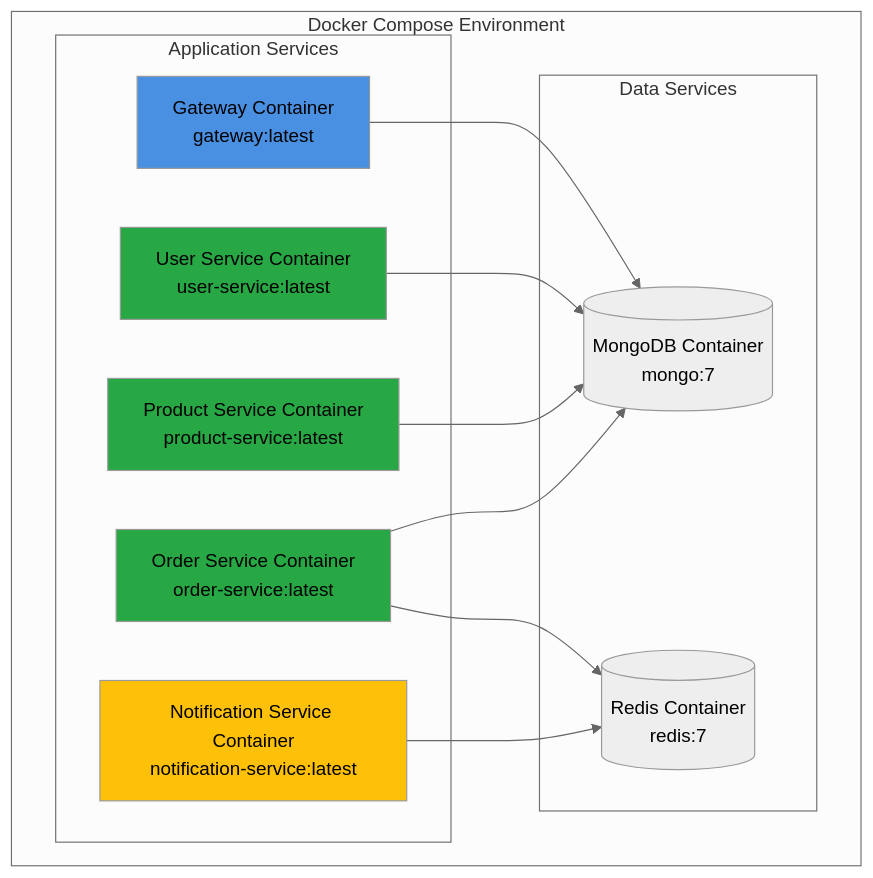
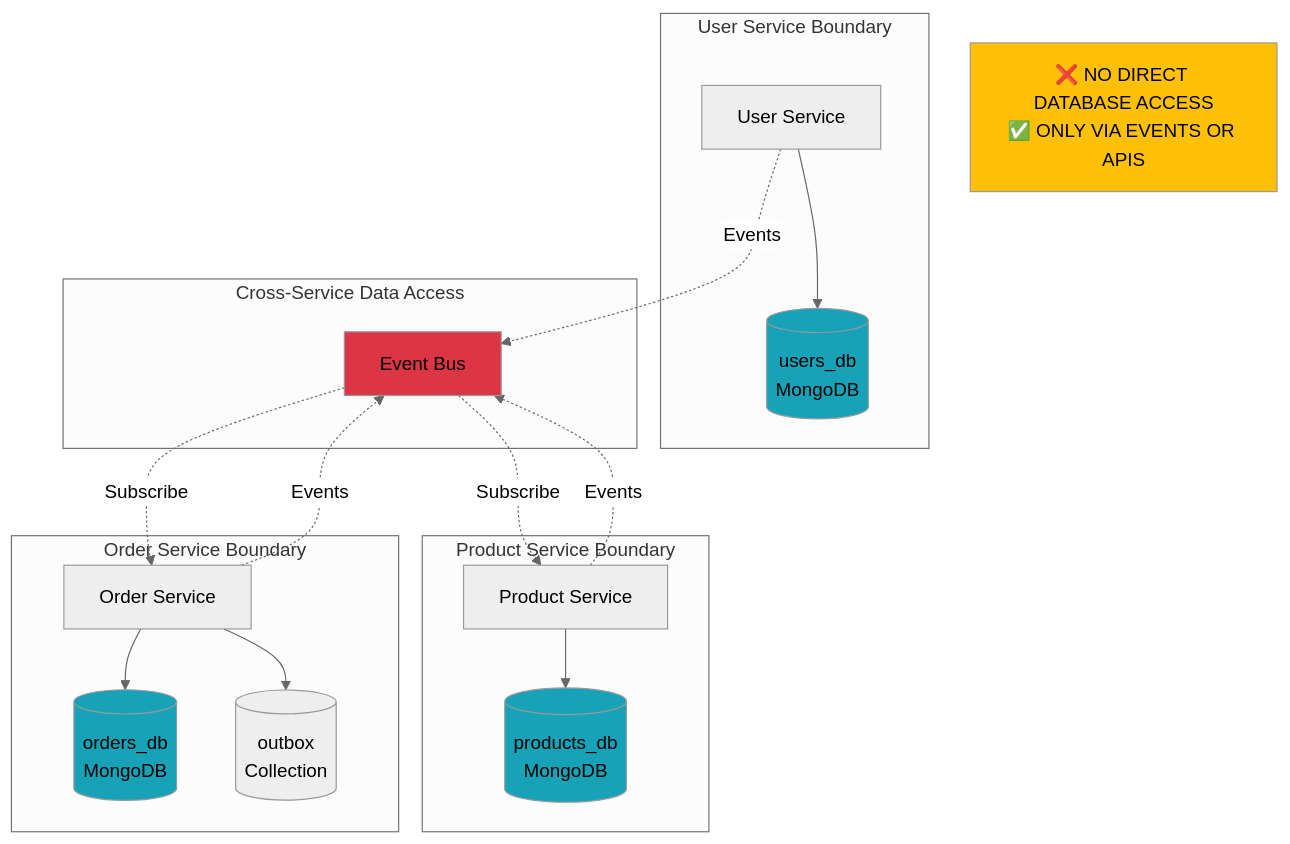
One commit to BabaScience/ecom-microservices changed the sixth of 6 diagrams in docs/spec.md. Above: the diagram before and after it, drawn with Mermaid (neutral theme). The commit also changed other lines of this file, not shown here.

First line of the commit message:
Enhance architecture specification for e-commerce microservices

````diff
--- a/docs/spec.md
+++ b/docs/spec.md
@@ -728,30 +2057,39 @@
 ```mermaid
 graph TB
-    subgraph "Docker Compose Environment"
-        subgraph "Application Services"
-            GW[Gateway Container<br/>gateway:latest]
-            US[User Service Container<br/>user-service:latest]
-            PS[Product Service Container<br/>product-service:latest]
-            OS[Order Service Container<br/>order-service:latest]
-            NS[Notification Service Container<br/>notification-service:latest]
-        end
-        
-        subgraph "Data Services"
-            MongoDB[(MongoDB Container<br/>mongo:7)]
-            Redis[(Redis Container<br/>redis:7)]
-        end
-        
-        GW --> MongoDB
-        US --> MongoDB
-        PS --> MongoDB
-        OS --> MongoDB
-        OS --> Redis
-        NS --> Redis
+    subgraph "User Service Boundary"
+        UserService[User Service]
+        UserDB[(users_db<br/>MongoDB)]
+        UserService --> UserDB
     end
     
-    style GW fill:#4A90E2
-    style US fill:#28A745
-    style PS fill:#28A745
-    style OS fill:#28A745
-    style NS fill:#FFC107
+    subgraph "Product Service Boundary"
+        ProductService[Product Service]
+        ProductDB[(products_db<br/>MongoDB)]
+        ProductService --> ProductDB
+    end
+    
+    subgraph "Order Service Boundary"
+        OrderService[Order Service]
+        OrderDB[(orders_db<br/>MongoDB)]
+        OutboxDB[(outbox<br/>Collection)]
+        OrderService --> OrderDB
+        OrderService --> OutboxDB
+    end
+    
+    subgraph "Cross-Service Data Access"
+        UserService -.->|Events| EventBus[Event Bus]
+        ProductService -.->|Events| EventBus
+        OrderService -.->|Events| EventBus
+        
+        EventBus -.->|Subscribe| OrderService
+        EventBus -.->|Subscribe| ProductService
+    end
+    
+    Note["❌ NO DIRECT DATABASE ACCESS<br/>✅ ONLY VIA EVENTS OR APIS"]
+    
+    style UserDB fill:#17A2B8
+    style ProductDB fill:#17A2B8
+    style OrderDB fill:#17A2B8
+    style EventBus fill:#DC3545
+    style Note fill:#FFC107
 ```
````
